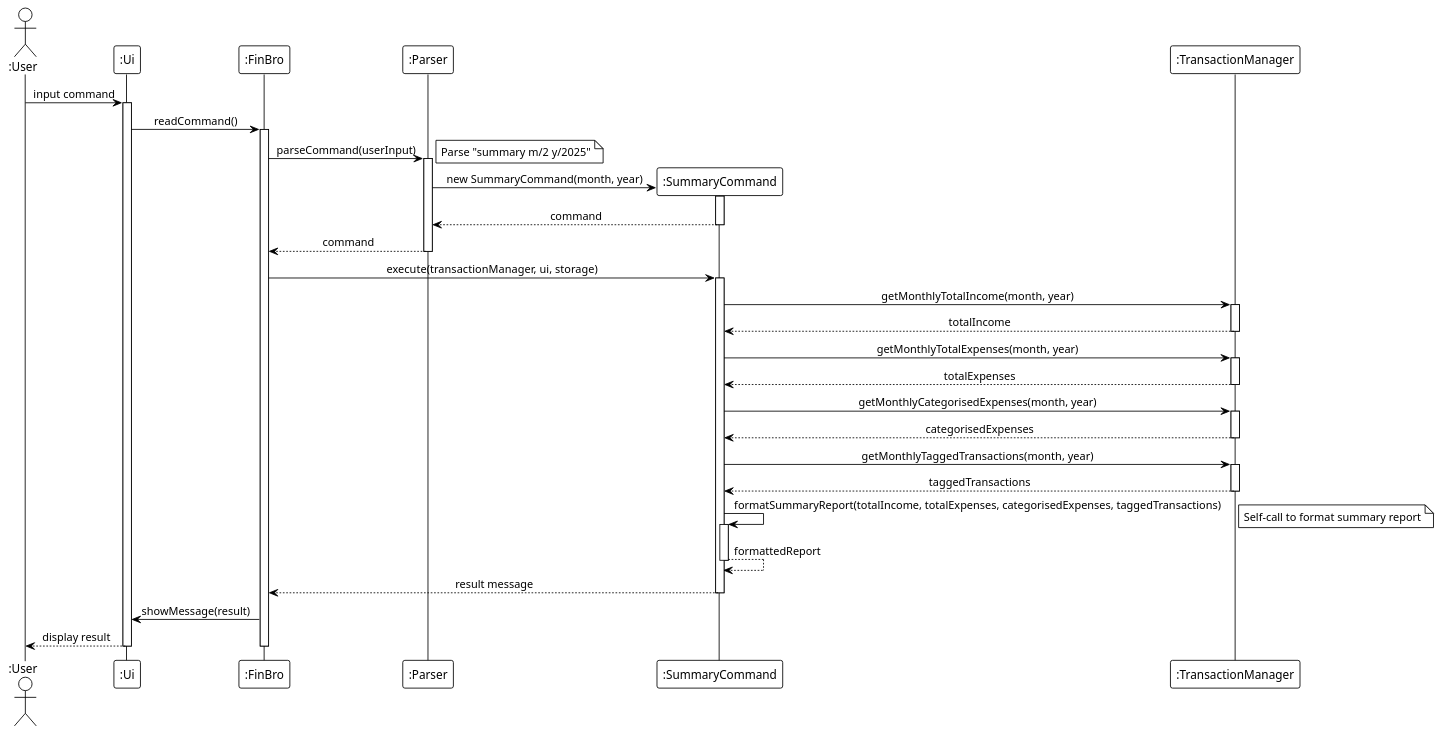
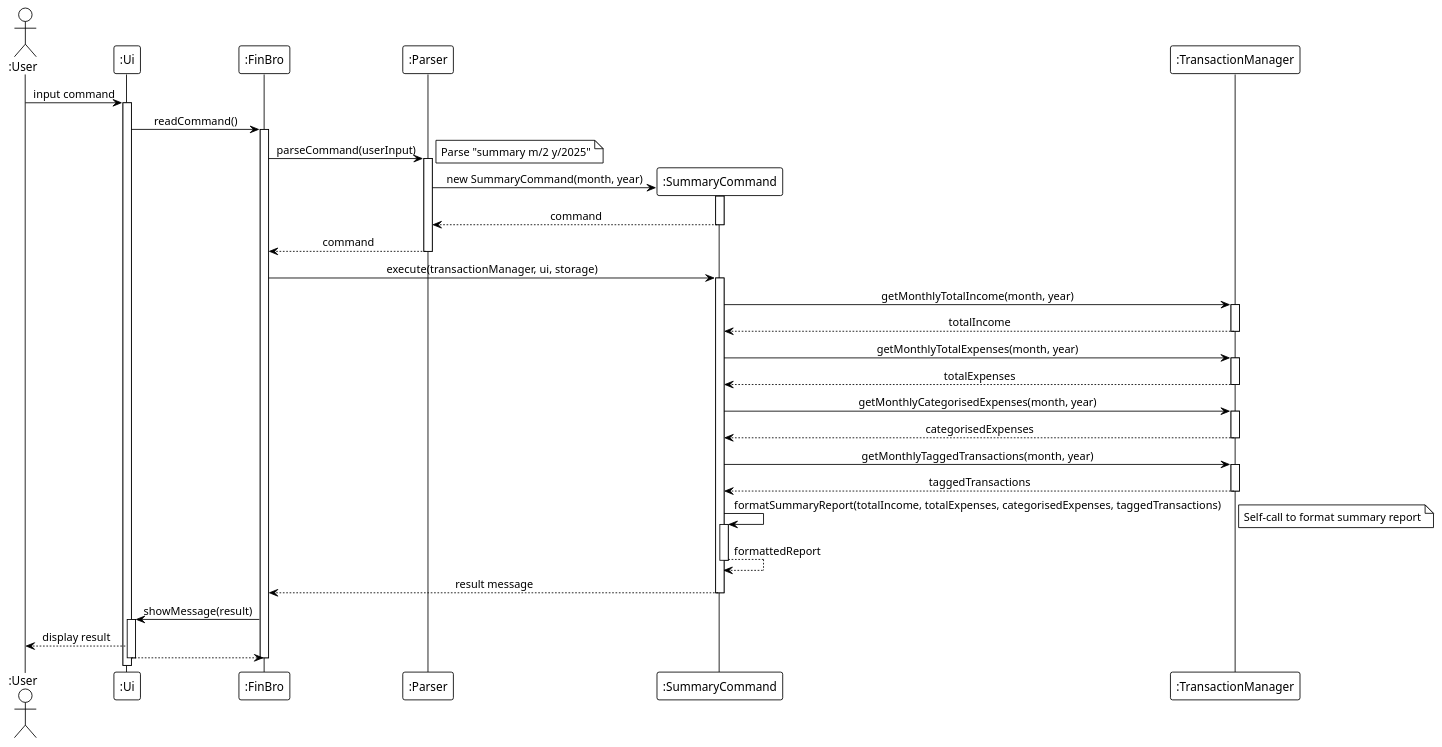
Before and after one commit to laitcanard05/tp: diagram 18 of 21 in docs/DeveloperGuide.md, drawn with PlantUML. The commit also changed other lines of this file, not shown here.

````diff
--- a/docs/DeveloperGuide.md
+++ b/docs/DeveloperGuide.md
@@ -1534,70 +1543,73 @@
 ```puml
 @startuml
 !theme plain
 skinparam sequenceMessageAlign center
 skinparam responseMessageBelowArrow true
+skinparam lifelineStrategy nosolid  
 
 actor ":User" as User
 participant ":Ui" as UI
 participant ":FinBro" as FinBro
 participant ":Parser" as Parser
 participant ":SummaryCommand" as SummaryCommand
 participant ":TransactionManager" as TransactionMgr
 
 User -> UI : input command
 activate UI
 
 UI -> FinBro : readCommand()
 activate FinBro
 
 FinBro -> Parser : parseCommand(userInput)
 activate Parser
 note right: Parse "summary m/2 y/2025"
 
 create SummaryCommand
 Parser -> SummaryCommand : new SummaryCommand(month, year)
 activate SummaryCommand
 SummaryCommand --> Parser : command
 deactivate SummaryCommand
 Parser --> FinBro : command
 deactivate Parser
 
 FinBro -> SummaryCommand : execute(transactionManager, ui, storage)
 activate SummaryCommand
 
 SummaryCommand -> TransactionMgr : getMonthlyTotalIncome(month, year)
 activate TransactionMgr
 TransactionMgr --> SummaryCommand : totalIncome
 deactivate TransactionMgr
 
 SummaryCommand -> TransactionMgr : getMonthlyTotalExpenses(month, year)
 activate TransactionMgr
 TransactionMgr --> SummaryCommand : totalExpenses
 deactivate TransactionMgr
 
 SummaryCommand -> TransactionMgr : getMonthlyCategorisedExpenses(month, year)
 activate TransactionMgr
 TransactionMgr --> SummaryCommand : categorisedExpenses
 deactivate TransactionMgr
 
 SummaryCommand -> TransactionMgr : getMonthlyTaggedTransactions(month, year)
 activate TransactionMgr
 TransactionMgr --> SummaryCommand : taggedTransactions
 deactivate TransactionMgr
 
 SummaryCommand -> SummaryCommand : formatSummaryReport(totalIncome, totalExpenses, categorisedExpenses, taggedTransactions)
 activate SummaryCommand
 note right: Self-call to format summary report
 SummaryCommand --> SummaryCommand : formattedReport
 deactivate SummaryCommand
 
 SummaryCommand --> FinBro : result message
 deactivate SummaryCommand
 
 FinBro -> UI : showMessage(result)
+activate UI 
 UI --> User : display result
+UI --> FinBro
 deactivate UI
 deactivate FinBro
 
 @enduml
 ```
````
